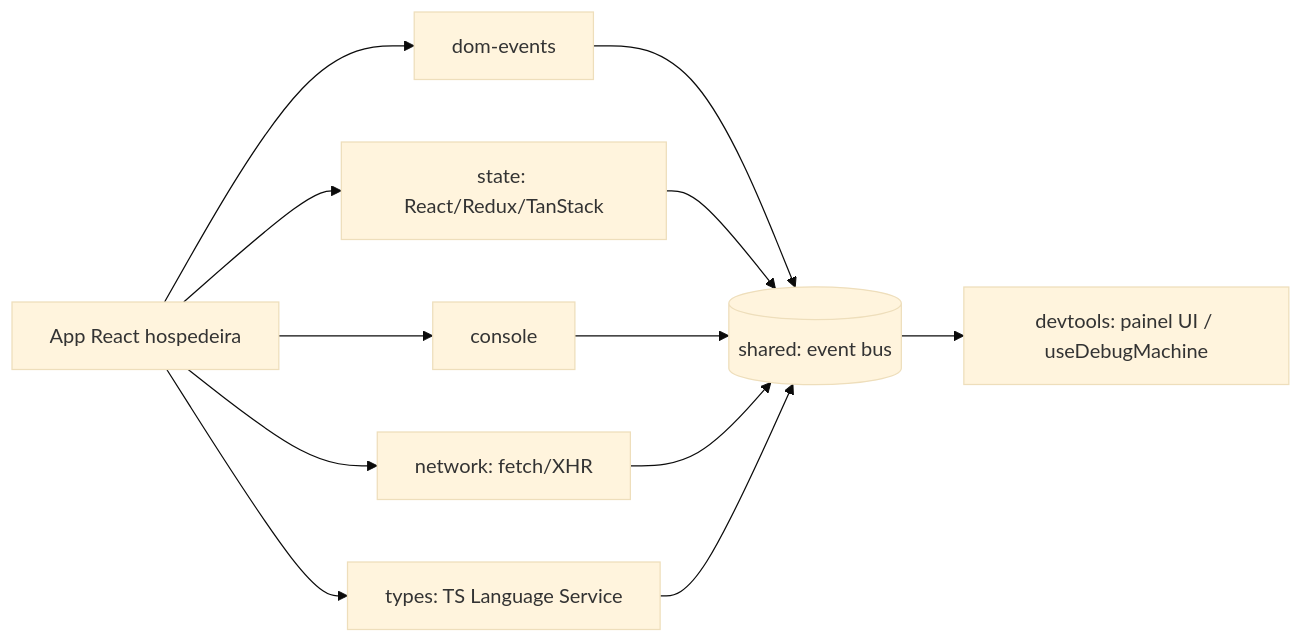
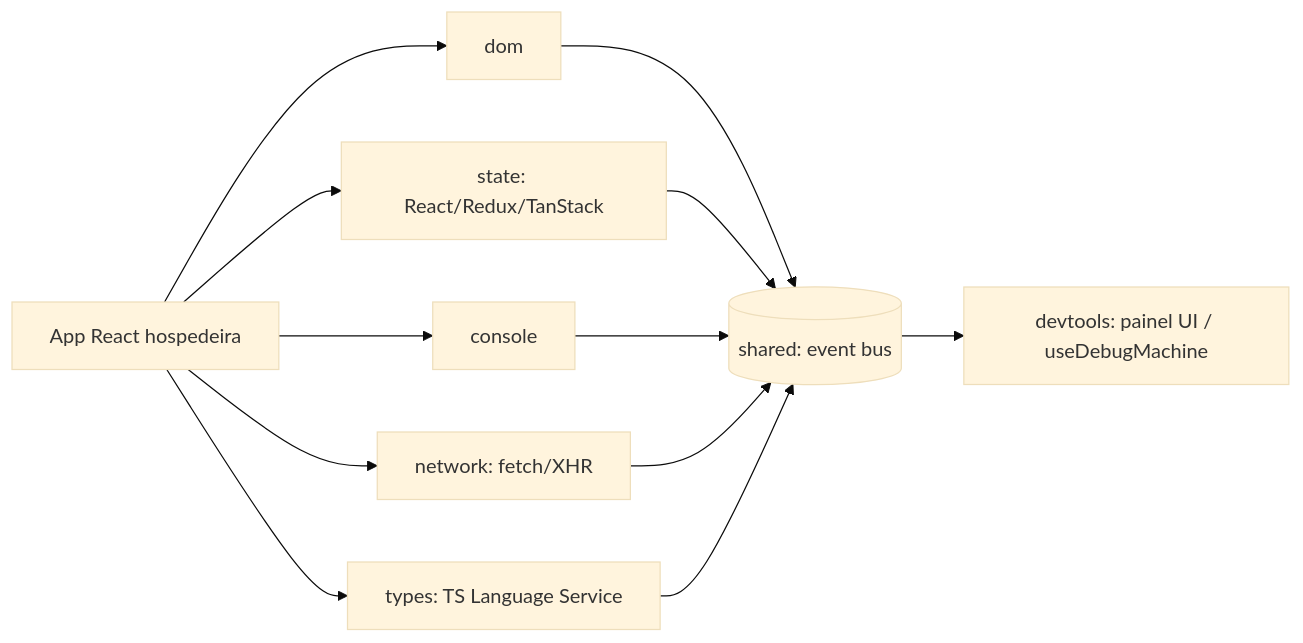
The diagram in docs/CONVENTIONS.md (HenriqueCosta05/React-Debug-Machine), drawn with Mermaid (base theme) before and after one commit. The commit also changed other lines of this file and 4 other files, not shown here.

````diff
--- a/docs/CONVENTIONS.md
+++ b/docs/CONVENTIONS.md
@@ -183,14 +183,14 @@
 ```mermaid
 flowchart LR
-    App[App React hospedeira] --> DOM[dom-events]
+    App[App React hospedeira] --> DOM[dom]
     App --> State[state: React/Redux/TanStack]
     App --> Console[console]
     App --> Network[network: fetch/XHR]
     App --> Types[types: TS Language Service]
     DOM --> Bus[(shared: event bus)]
     State --> Bus
     Console --> Bus
     Network --> Bus
     Types --> Bus
     Bus --> Devtools[devtools: painel UI / useDebugMachine]
 ```
````
